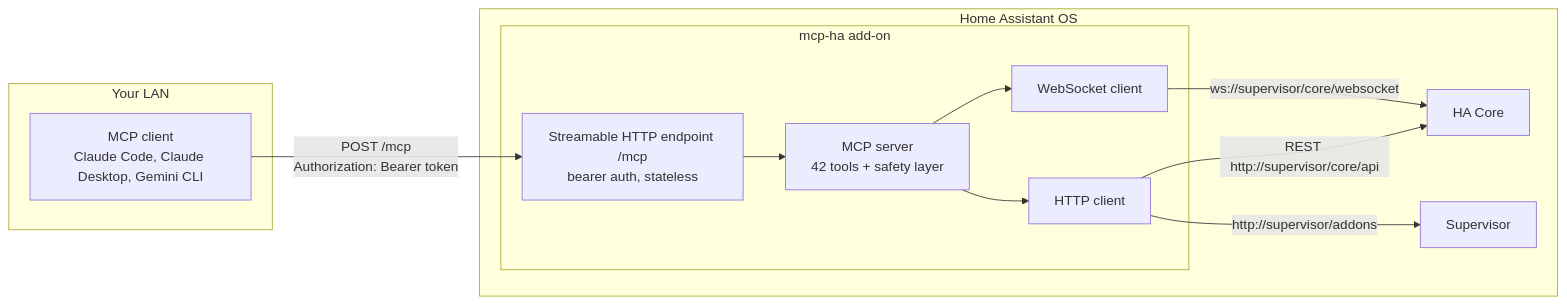
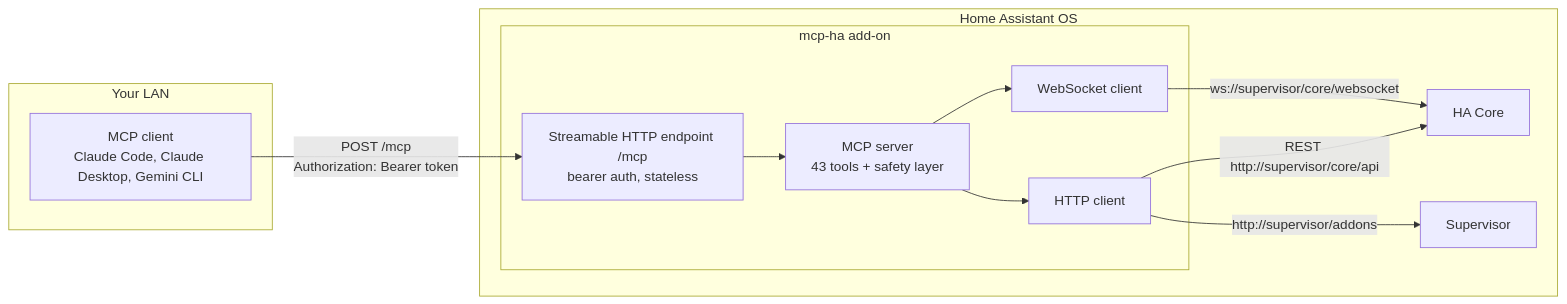
Before and after one commit to Devitek/mcp-ha: the first of 3 diagrams in docs/reference/architecture.md, drawn with Mermaid. The commit also changed 20 other files, not shown here.

````diff
--- a/docs/reference/architecture.md
+++ b/docs/reference/architecture.md
@@ -7,23 +7,23 @@
 ```mermaid
 flowchart LR
   subgraph lan["Your LAN"]
     C["MCP client<br/>Claude Code, Claude Desktop, Gemini CLI"]
   end
   subgraph haos["Home Assistant OS"]
     subgraph addon["mcp-ha add-on"]
       T["Streamable HTTP endpoint /mcp<br/>bearer auth, stateless"]
-      S["MCP server<br/>42 tools + safety layer"]
+      S["MCP server<br/>43 tools + safety layer"]
       W["WebSocket client"]
       H["HTTP client"]
       T --> S
       S --> W
       S --> H
     end
     CORE["HA Core"]
     SUP["Supervisor"]
     W -->|"ws://supervisor/core/websocket"| CORE
     H -->|"REST http://supervisor/core/api"| CORE
     H -->|"http://supervisor/addons"| SUP
   end
   C -->|"POST /mcp<br/>Authorization: Bearer token"| T
 ```
````
